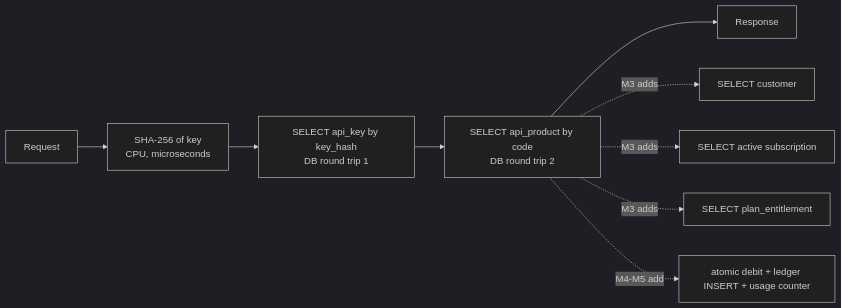
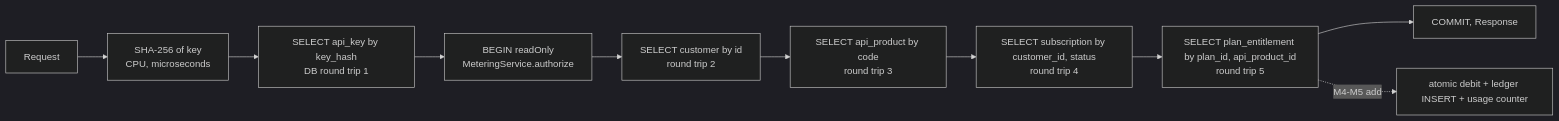
Before and after one commit to Amr-al/MeterFlow: the second of 2 diagrams in docs/technical-design/performance.md, drawn with Mermaid (dark theme). The commit also changed other lines of this file and 11 other files, not shown here.

First line of the commit message:
docs: document completed M3 metering authorization flow

````diff
--- a/docs/technical-design/performance.md
+++ b/docs/technical-design/performance.md
@@ -94,11 +95,12 @@
 ```mermaid
 flowchart LR
     A["Request"] --> B["SHA-256 of key<br/>CPU, microseconds"]
     B --> C["SELECT api_key by key_hash<br/>DB round trip 1"]
-    C --> D["SELECT api_product by code<br/>DB round trip 2"]
-    D --> E["Response"]
-    D -. "M3 adds" .-> F["SELECT customer"]
-    D -. "M3 adds" .-> G["SELECT active subscription"]
-    D -. "M3 adds" .-> H["SELECT plan_entitlement"]
-    D -. "M4-M5 add" .-> I["atomic debit + ledger INSERT + usage counter"]
+    C --> T["BEGIN readOnly<br/>MeteringService.authorize"]
+    T --> F["SELECT customer by id<br/>round trip 2"]
+    F --> D["SELECT api_product by code<br/>round trip 3"]
+    D --> G["SELECT subscription by customer_id, status<br/>round trip 4"]
+    G --> H["SELECT plan_entitlement by plan_id, api_product_id<br/>round trip 5"]
+    H --> E["COMMIT, Response"]
+    H -. "M4-M5 add" .-> I["atomic debit + ledger INSERT + usage counter"]
 ```
````
